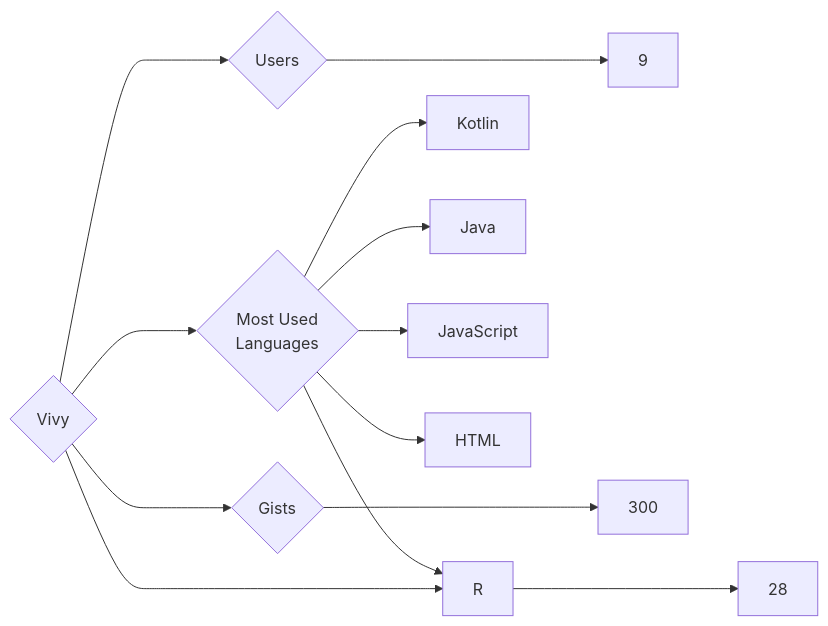
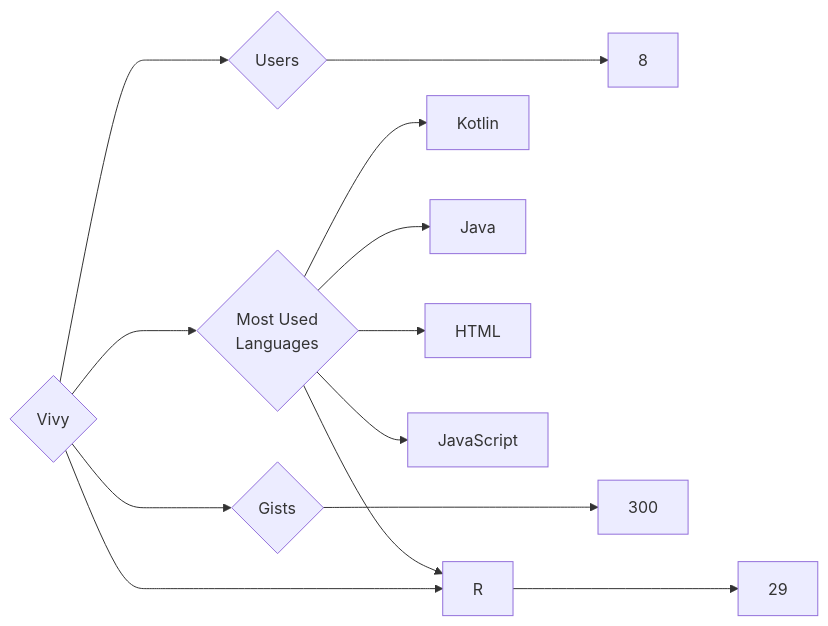
One commit to trickest/insiders changed the diagram in targets/Vivy/README.md. Above: the diagram before and after it, drawn with Mermaid. The commit also changed 964 other files, not shown here.

````diff
--- a/targets/Vivy/README.md
+++ b/targets/Vivy/README.md
@@ -3,13 +3,13 @@
 ```mermaid
 graph LR
 COMPANY_NAME{Vivy}
-COMPANY_NAME ---> U{Users} ---> UN[9]
-COMPANY_NAME ---> R{Repositories} ---> RN[28]
+COMPANY_NAME ---> U{Users} ---> UN[8]
+COMPANY_NAME ---> R{Repositories} ---> RN[29]
 COMPANY_NAME ---> G{Gists} ---> GN[300]
 COMPANY_NAME ---> ML{Most Used<br>Languages}
 ML --> Kotlin[Kotlin]
 ML --> Java[Java]
+ML --> HTML[HTML]
 ML --> JavaScript[JavaScript]
-ML --> HTML[HTML]
 ML --> R[R]
 ```
````
